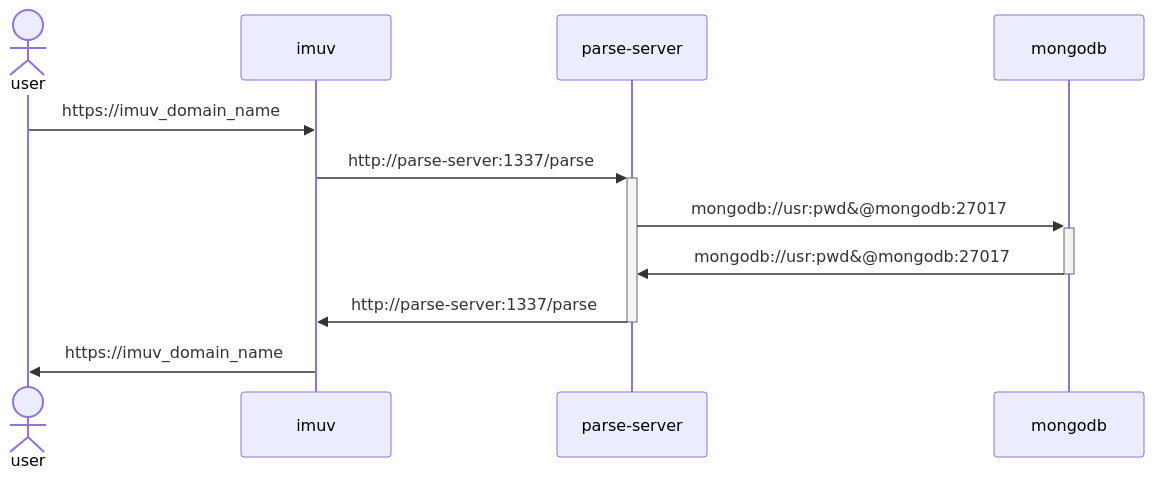
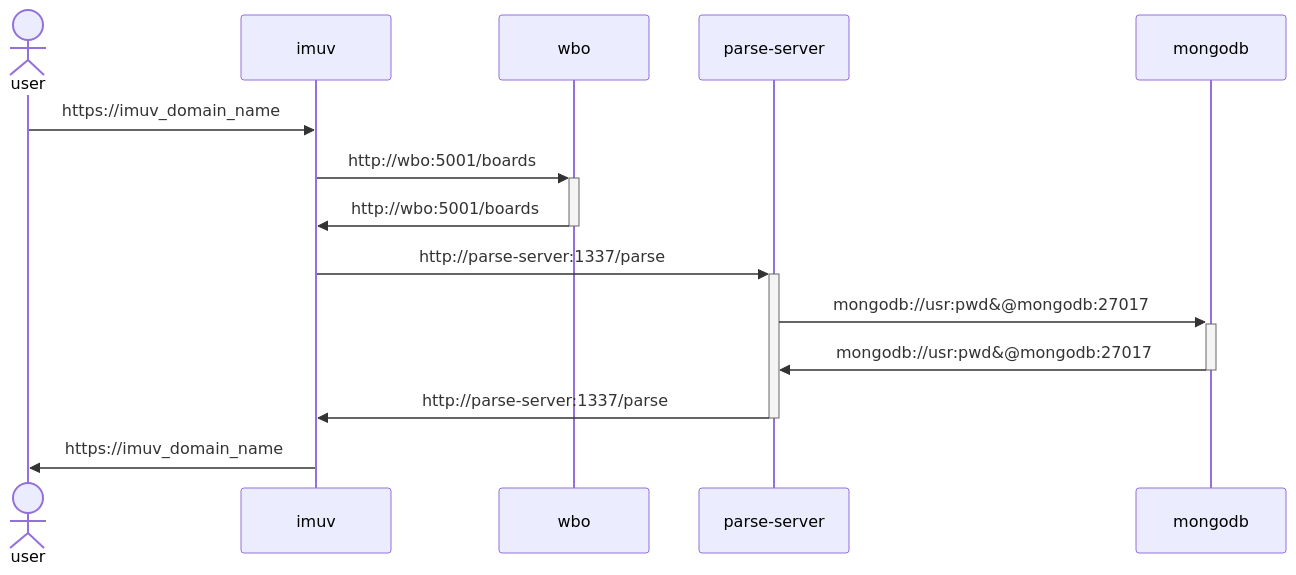
Before and after one commit to VCityTeam/UD-Demo-IMU-Imuv: the second of 2 diagrams in Readme.md, drawn with Mermaid. The commit also changed other lines of this file and 1 other file, not shown here.

````diff
--- a/Readme.md
+++ b/Readme.md
@@ -28,10 +30,12 @@
 ```mermaid
 sequenceDiagram
     actor user
     user->>imuv : https://imuv_domain_name
+    imuv->>+wbo: http://wbo:5001/boards
+    wbo->>-imuv: http://wbo:5001/boards
     imuv->>+parse-server: http://parse-server:1337/parse
     parse-server->>+mongodb:mongodb://usr:pwd&#64;mongodb:27017
     mongodb->>-parse-server:mongodb://usr:pwd&#64;mongodb:27017
     parse-server->>-imuv: http://parse-server:1337/parse
     imuv->>user : https://imuv_domain_name
 ```
````
